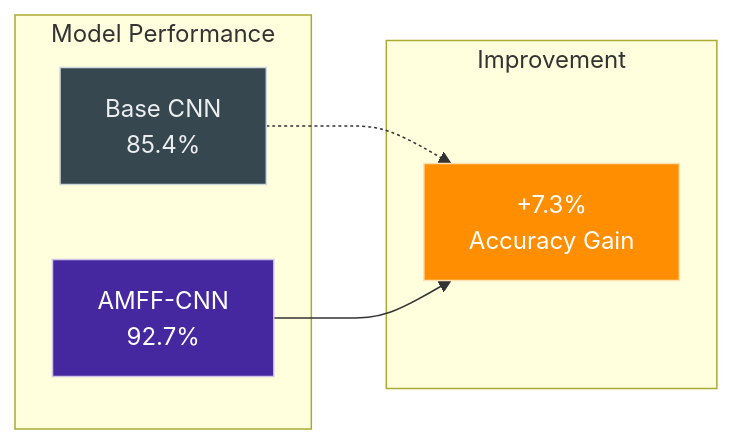
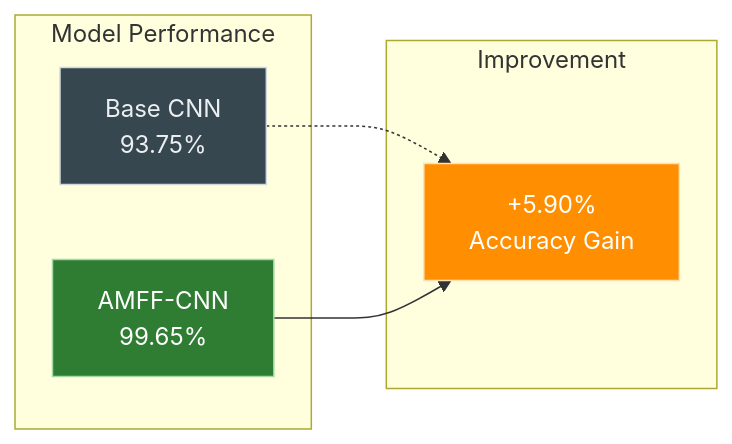
Before and after one commit to RiteshKumar2e/Steel_Surface_Defect: the third of 3 diagrams in README.md, drawn with Mermaid. The commit also changed other lines of this file, not shown here.

Commit message:
README.md

````diff
--- a/README.md
+++ b/README.md
@@ -395,18 +396,19 @@
 ```mermaid
 graph LR
     subgraph "Model Performance"
-        A[Base CNN<br/>85.4%] 
-        B[AMFF-CNN<br/>92.7%]
+        A[Base CNN<br/>93.75%] 
+        B[AMFF-CNN<br/>99.65%]
     end
     
     subgraph "Improvement"
-        C[+7.3%<br/>Accuracy Gain]
+        C[+5.90%<br/>Accuracy Gain]
     end
     
     A -.-> C
     B --> C
-    
+
 style A fill:#37474f,stroke:#cfd8dc,color:#eceff1
-style B fill:#4527a0,stroke:#d1c4e9,color:#ffffff
+style B fill:#2e7d32,stroke:#a5d6a7,color:#ffffff
 style C fill:#ff8f00,stroke:#ffe0b2,color:#ffffff
+
 ```
````
